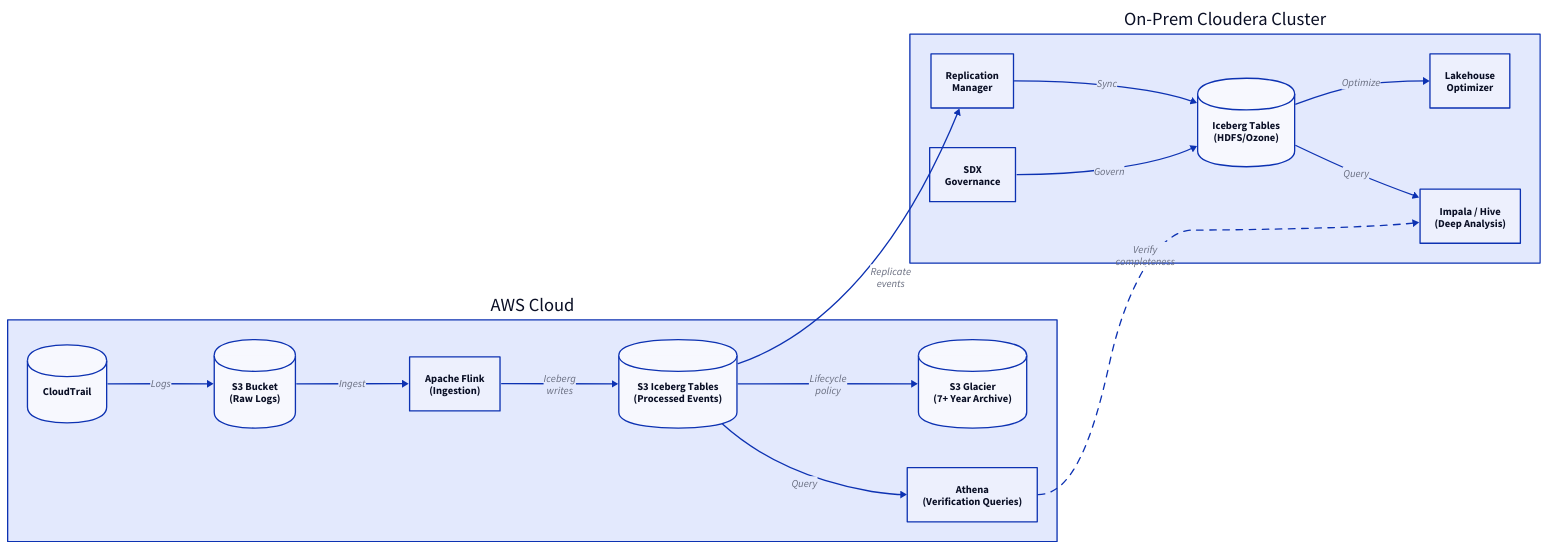
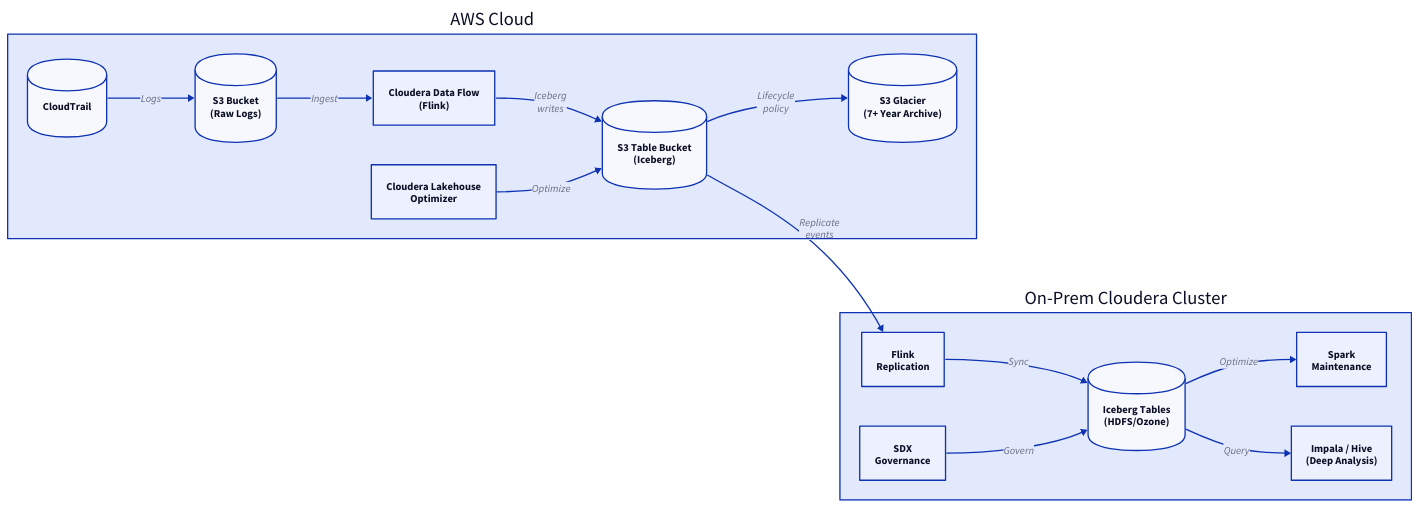
The diagram in docs/current/src/02_architecture.md (rch/cldr-cybersec), drawn with D2 before and after one commit. The commit also changed other lines of this file and 6 other files, not shown here.

First line of the commit message:
Use S3 Table Buckets with CLO for AWS Iceberg

````diff
--- a/docs/current/src/02_architecture.md
+++ b/docs/current/src/02_architecture.md
@@ -5,74 +5,73 @@
 ```d2
 direction: right
 
 AWS: {
   label: "AWS Cloud"
 
   cloudtrail: {
     label: "CloudTrail"
     shape: cylinder
   }
 
   s3_raw: {
     label: "S3 Bucket\n(Raw Logs)"
     shape: cylinder
   }
 
   flink: {
-    label: "Apache Flink\n(Ingestion)"
+    label: "Cloudera Data Flow\n(Flink)"
   }
 
-  s3_iceberg: {
-    label: "S3 Iceberg Tables\n(Processed Events)"
+  s3_tables: {
+    label: "S3 Table Bucket\n(Iceberg)"
     shape: cylinder
   }
 
   glacier: {
     label: "S3 Glacier\n(7+ Year Archive)"
     shape: cylinder
   }
 
-  athena: {
-    label: "Athena\n(Verification Queries)"
+  clo: {
+    label: "Cloudera Lakehouse\nOptimizer"
   }
 
   cloudtrail -> s3_raw: "Logs"
   s3_raw -> flink: "Ingest"
-  flink -> s3_iceberg: "Iceberg\nwrites"
-  s3_iceberg -> glacier: "Lifecycle\npolicy"
-  s3_iceberg -> athena: "Query"
+  flink -> s3_tables: "Iceberg\nwrites"
+  s3_tables -> glacier: "Lifecycle\npolicy"
+  clo -> s3_tables: "Optimize"
 }
 
 OnPrem: {
   label: "On-Prem Cloudera Cluster"
 
-  replication: {
-    label: "Replication\nManager"
+  flink_replication: {
+    label: "Flink\nReplication"
   }
 
   iceberg_tables: {
     label: "Iceberg Tables\n(HDFS/Ozone)"
     shape: cylinder
   }
 
-  lakehouse_opt: {
-    label: "Lakehouse\nOptimizer"
+  spark_maint: {
+    label: "Spark\nMaintenance"
   }
 
   impala: {
     label: "Impala / Hive\n(Deep Analysis)"
   }
 
   sdx: {
     label: "SDX\nGovernance"
   }
 
-  replication -> iceberg_tables: "Sync"
-  iceberg_tables -> lakehouse_opt: "Optimize"
+  flink_replication -> iceberg_tables: "Sync"
+  iceberg_tables -> spark_maint: "Optimize"
   iceberg_tables -> impala: "Query"
   sdx -> iceberg_tables: "Govern"
 }
 
-AWS.s3_iceberg -> OnPrem.replication: "Replicate\nevents"
-AWS.athena -> OnPrem.impala: "Verify\ncompleteness" {style.stroke-dash: 5}
+AWS.s3_tables -> OnPrem.flink_replication: "Replicate\nevents"
 ```
````
